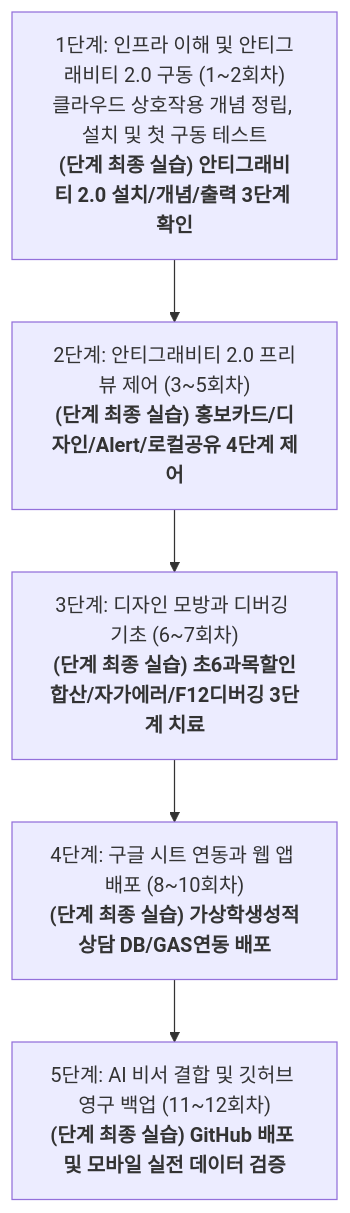
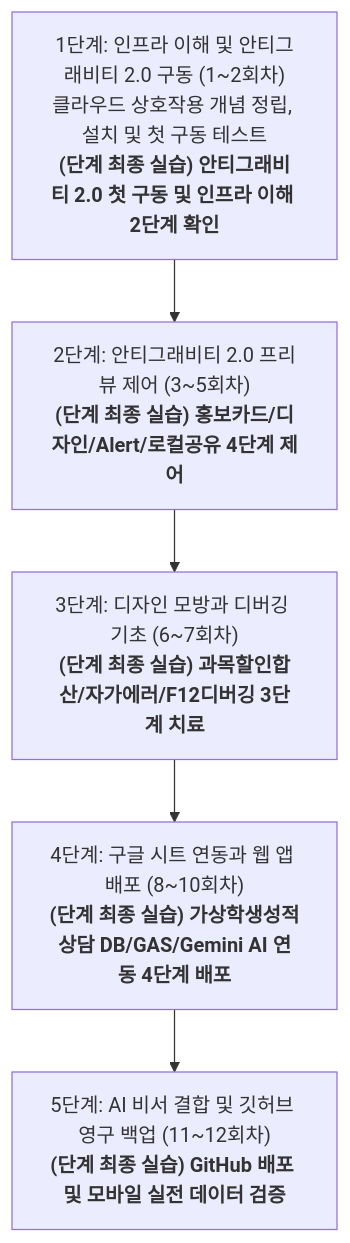
The diagram in AI_Education_Curriculum_12Weeks.md (AI-aca/AIEdu), drawn with Mermaid before and after one commit. The commit also changed other lines of this file and 1 other file, not shown here.

Commit message:
feat: 3단계 최종 실습과제 타이틀 및 다이어그램 초6 텍스트를 정합성에 맞게 최종 수정 및 동기화 배포

````diff
--- a/AI_Education_Curriculum_12Weeks.md
+++ b/AI_Education_Curriculum_12Weeks.md
@@ -14,7 +14,7 @@
 ```mermaid
 graph TD
-    A["1단계: 인프라 이해 및 안티그래비티 2.0 구동 (1~2회차)<br>클라우드 상호작용 개념 정립, 설치 및 첫 구동 테스트<br><b>(단계 최종 실습) 안티그래비티 2.0 설치/개념/출력 3단계 확인</b>"] --> B["2단계: 안티그래비티 2.0 프리뷰 제어 (3~5회차)<br><b>(단계 최종 실습) 홍보카드/디자인/Alert/로컬공유 4단계 제어</b>"]
-    B --> C["3단계: 디자인 모방과 디버깅 기초 (6~7회차)<br><b>(단계 최종 실습) 초6과목할인합산/자가에러/F12디버깅 3단계 치료</b>"]
-    C --> D["4단계: 구글 시트 연동과 웹 앱 배포 (8~10회차)<br><b>(단계 최종 실습) 가상학생성적상담 DB/GAS연동 배포</b>"]
+    A["1단계: 인프라 이해 및 안티그래비티 2.0 구동 (1~2회차)<br>클라우드 상호작용 개념 정립, 설치 및 첫 구동 테스트<br><b>(단계 최종 실습) 안티그래비티 2.0 첫 구동 및 인프라 이해 2단계 확인</b>"] --> B["2단계: 안티그래비티 2.0 프리뷰 제어 (3~5회차)<br><b>(단계 최종 실습) 홍보카드/디자인/Alert/로컬공유 4단계 제어</b>"]
+    B --> C["3단계: 디자인 모방과 디버깅 기초 (6~7회차)<br><b>(단계 최종 실습) 과목할인합산/자가에러/F12디버깅 3단계 치료</b>"]
+    C --> D["4단계: 구글 시트 연동과 웹 앱 배포 (8~10회차)<br><b>(단계 최종 실습) 가상학생성적상담 DB/GAS/Gemini AI 연동 4단계 배포</b>"]
     D --> E["5단계: AI 비서 결합 및 깃허브 영구 백업 (11~12회차)<br><b>(단계 최종 실습) GitHub 배포 및 모바일 실전 데이터 검증</b>"]
 ```
````
